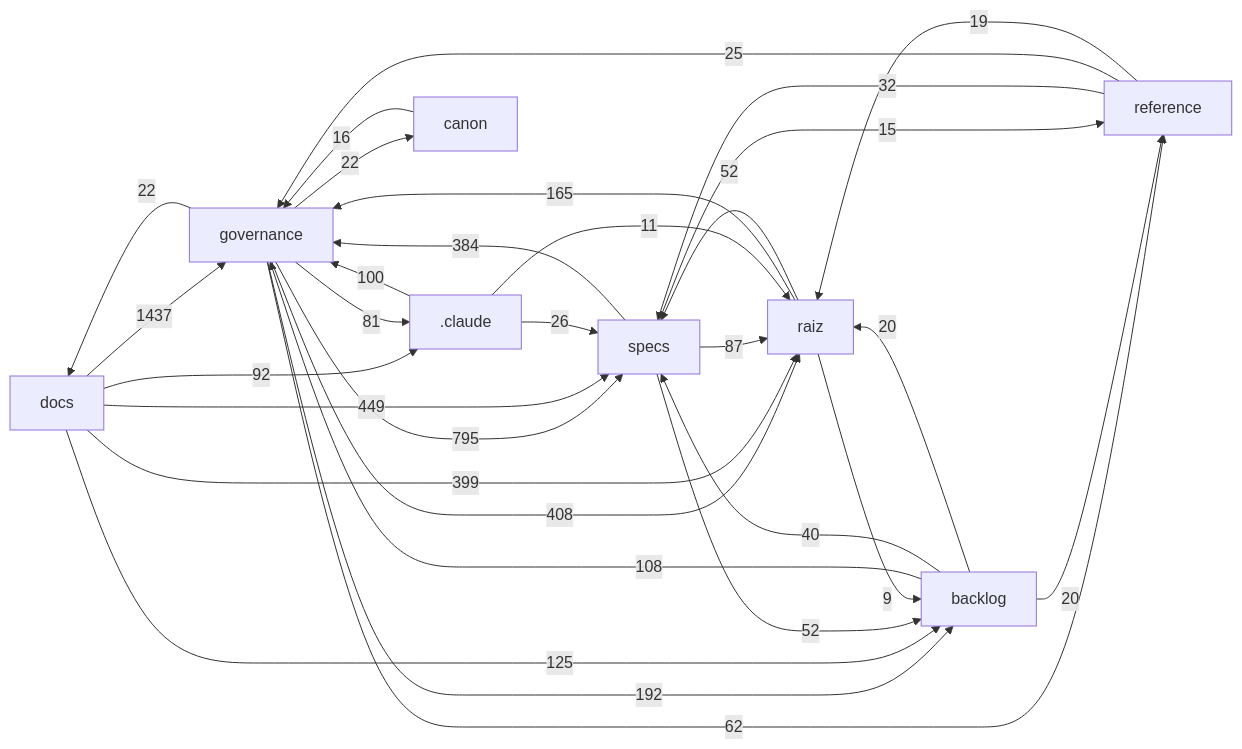
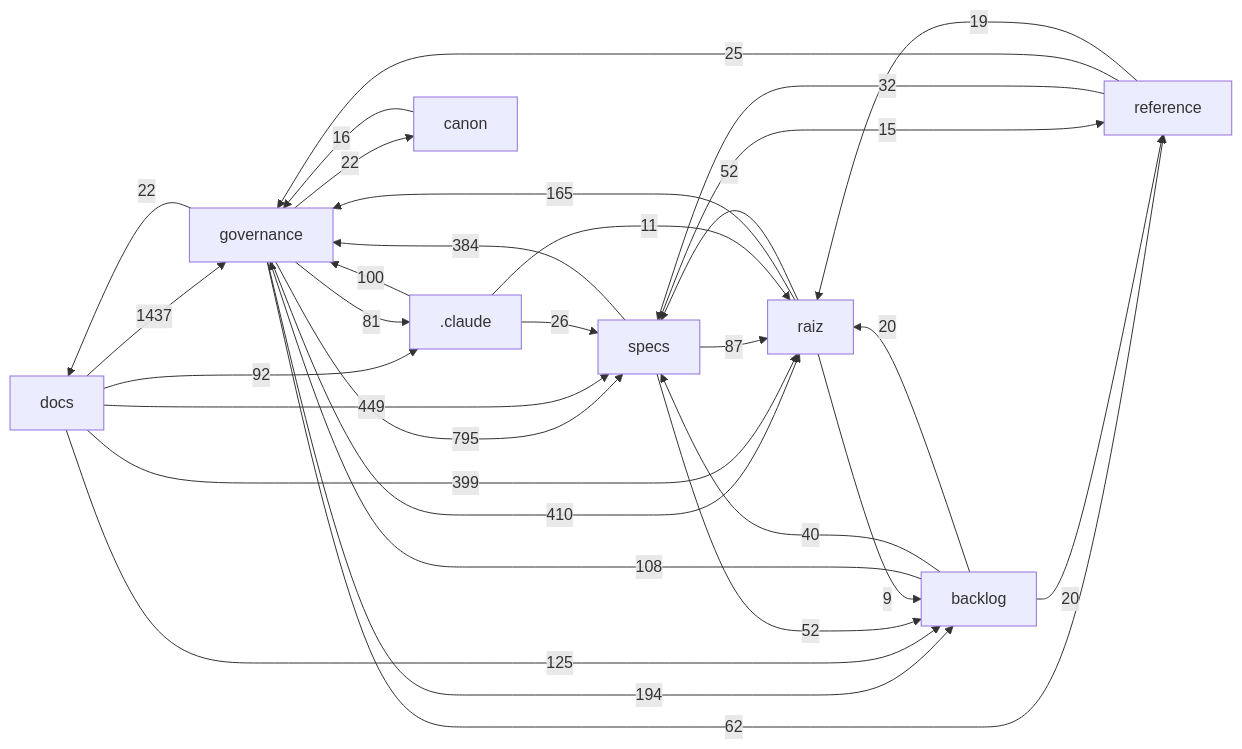
The diagram in docs/mapa/MAPA-PROJETO.md (Andraus35/Sistema-Operacional-de-Trading--SOT), drawn with Mermaid before and after one commit. The commit also changed other lines of this file and 2 other files, not shown here.

````diff
--- a/docs/mapa/MAPA-PROJETO.md
+++ b/docs/mapa/MAPA-PROJETO.md
@@ -29,33 +29,33 @@
 ```mermaid
 flowchart LR
   docs["docs"] -->|1437| governance["governance"]
   governance["governance"] -->|795| specs["specs"]
   docs["docs"] -->|449| specs["specs"]
-  governance["governance"] -->|408| raiz["raiz"]
+  governance["governance"] -->|410| raiz["raiz"]
   docs["docs"] -->|399| raiz["raiz"]
   specs["specs"] -->|384| governance["governance"]
-  governance["governance"] -->|192| backlog["backlog"]
+  governance["governance"] -->|194| backlog["backlog"]
   raiz["raiz"] -->|165| governance["governance"]
   docs["docs"] -->|125| backlog["backlog"]
   backlog["backlog"] -->|108| governance["governance"]
   _claude[".claude"] -->|100| governance["governance"]
   docs["docs"] -->|92| _claude[".claude"]
   specs["specs"] -->|87| raiz["raiz"]
   governance["governance"] -->|81| _claude[".claude"]
   governance["governance"] -->|62| reference["reference"]
   raiz["raiz"] -->|52| specs["specs"]
   specs["specs"] -->|52| backlog["backlog"]
   backlog["backlog"] -->|40| specs["specs"]
   reference["reference"] -->|32| specs["specs"]
   _claude[".claude"] -->|26| specs["specs"]
   reference["reference"] -->|25| governance["governance"]
   governance["governance"] -->|22| docs["docs"]
   governance["governance"] -->|22| canon["canon"]
   backlog["backlog"] -->|20| raiz["raiz"]
   backlog["backlog"] -->|20| reference["reference"]
   reference["reference"] -->|19| raiz["raiz"]
   canon["canon"] -->|16| governance["governance"]
   specs["specs"] -->|15| reference["reference"]
   _claude[".claude"] -->|11| raiz["raiz"]
   raiz["raiz"] -->|9| backlog["backlog"]
 ```
````
